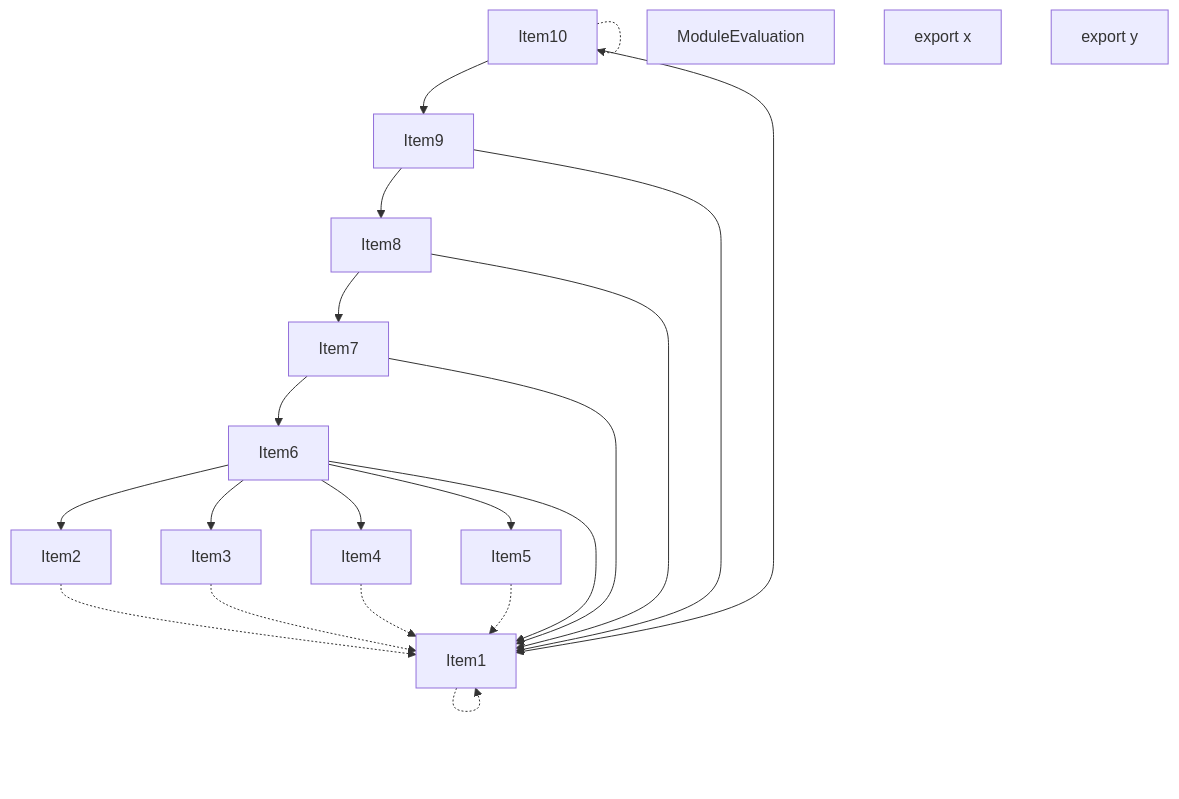
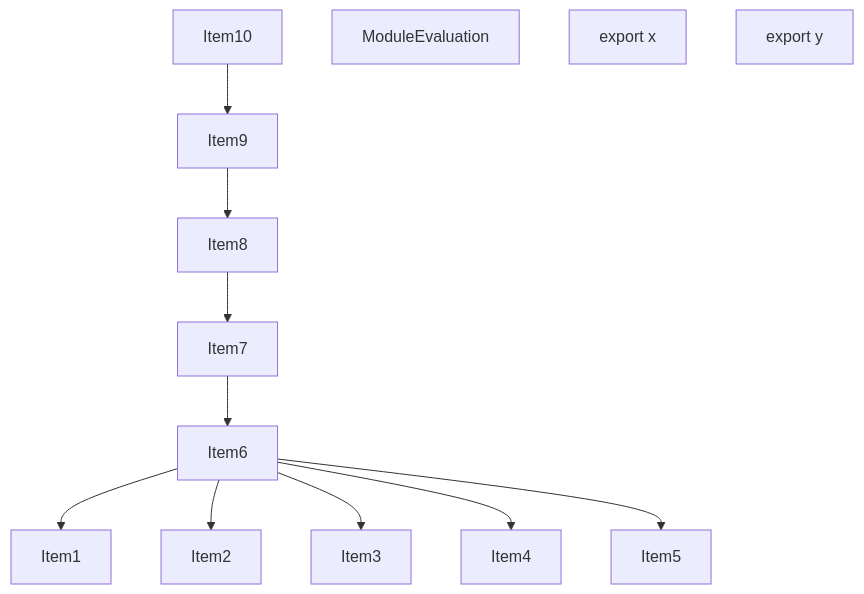
Before and after one commit to vercel/turborepo: the second of 5 diagrams in crates/turbopack-ecmascript/tests/tree-shaker/analyzer/grouping/output.md, drawn with Mermaid. The commit also changed other lines of this file and 20 other files, not shown here.

````diff
--- a/crates/turbopack-ecmascript/tests/tree-shaker/analyzer/grouping/output.md
+++ b/crates/turbopack-ecmascript/tests/tree-shaker/analyzer/grouping/output.md
@@ -123,38 +123,28 @@
 ```mermaid
 graph TD
     Item1;
     Item2;
     Item3;
     Item4;
     Item5;
     Item6;
     Item7;
     Item8;
     Item9;
     Item10;
     Item11;
     Item11["ModuleEvaluation"];
     Item12;
     Item12["export x"];
     Item13;
     Item13["export y"];
-    Item1 -.-> Item1;
-    Item2 -.-> Item1;
-    Item3 -.-> Item1;
-    Item4 -.-> Item1;
-    Item5 -.-> Item1;
+    Item6 --> Item1;
     Item6 --> Item2;
     Item6 --> Item3;
     Item6 --> Item4;
     Item6 --> Item5;
-    Item6 --> Item1;
     Item7 --> Item6;
-    Item7 --> Item1;
     Item8 --> Item7;
-    Item8 --> Item1;
     Item9 --> Item8;
-    Item9 --> Item1;
     Item10 --> Item9;
-    Item10 --> Item1;
-    Item10 -.-> Item10;
 ```
````
